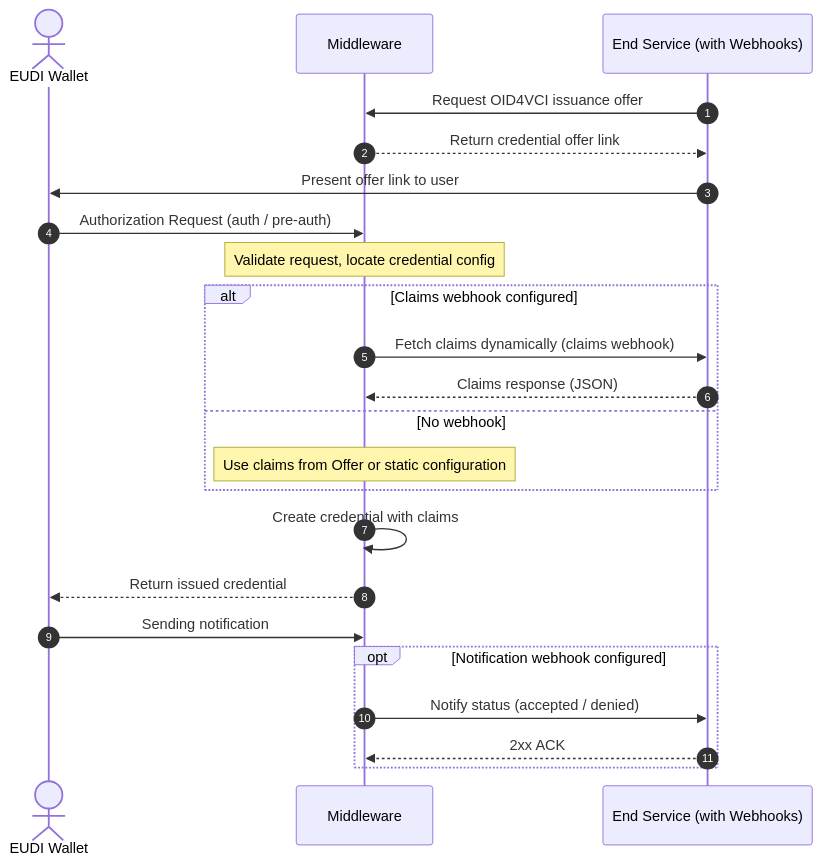
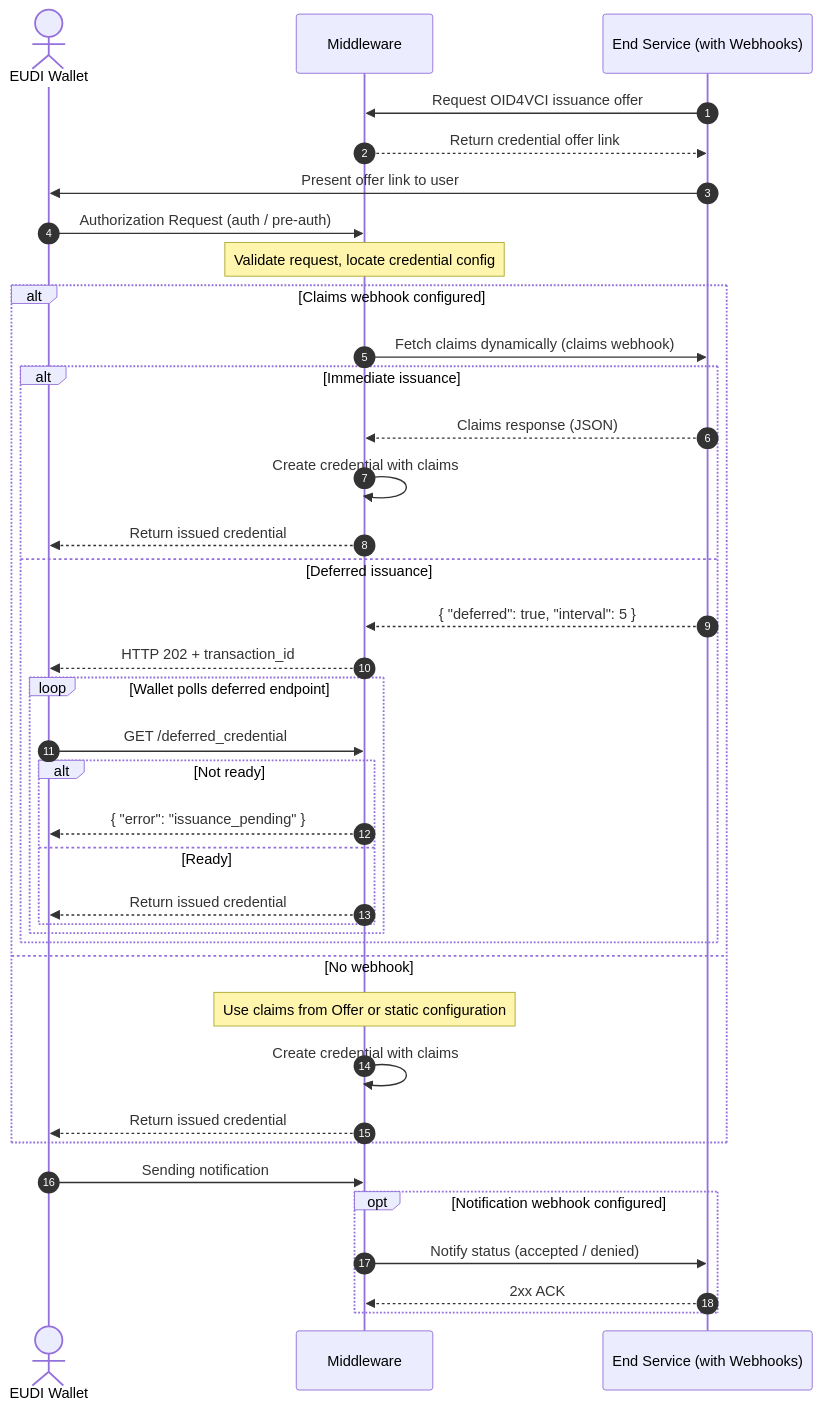
Before and after one commit to openwallet-foundation-labs/eudiplo: the diagram in docs/getting-started/issuance/index.md, drawn with Mermaid. The commit also changed other lines of this file and 15 other files, not shown here.

Commit message:
fix: add deferred issuance

````diff
--- a/docs/getting-started/issuance/index.md
+++ b/docs/getting-started/issuance/index.md
@@ -54,31 +54,45 @@
 ```mermaid
 sequenceDiagram
     autonumber
     actor Wallet as EUDI Wallet
     participant EUDIPLO as Middleware
     participant Service as End Service (with Webhooks)
 
     Service->>EUDIPLO: Request OID4VCI issuance offer
     EUDIPLO-->>Service: Return credential offer link
     Service->>Wallet: Present offer link to user
 
     Wallet->>EUDIPLO: Authorization Request (auth / pre-auth)
     note over EUDIPLO: Validate request, locate credential config
 
     alt Claims webhook configured
         EUDIPLO->>Service: Fetch claims dynamically (claims webhook)
-        Service-->>EUDIPLO: Claims response (JSON)
+        alt Immediate issuance
+            Service-->>EUDIPLO: Claims response (JSON)
+            EUDIPLO->>EUDIPLO: Create credential with claims
+            EUDIPLO-->>Wallet: Return issued credential
+        else Deferred issuance
+            Service-->>EUDIPLO: { "deferred": true, "interval": 5 }
+            EUDIPLO-->>Wallet: HTTP 202 + transaction_id
+            loop Wallet polls deferred endpoint
+                Wallet->>EUDIPLO: GET /deferred_credential
+                alt Not ready
+                    EUDIPLO-->>Wallet: { "error": "issuance_pending" }
+                else Ready
+                    EUDIPLO-->>Wallet: Return issued credential
+                end
+            end
+        end
     else No webhook
         note over EUDIPLO: Use claims from Offer or static configuration
+        EUDIPLO->>EUDIPLO: Create credential with claims
+        EUDIPLO-->>Wallet: Return issued credential
     end
-
-    EUDIPLO->>EUDIPLO: Create credential with claims
-    EUDIPLO-->>Wallet: Return issued credential
 
     Wallet->>EUDIPLO: Sending notification
 
     opt Notification webhook configured
         EUDIPLO->>Service: Notify status (accepted / denied)
         Service-->>EUDIPLO: 2xx ACK
     end
 ```
````
